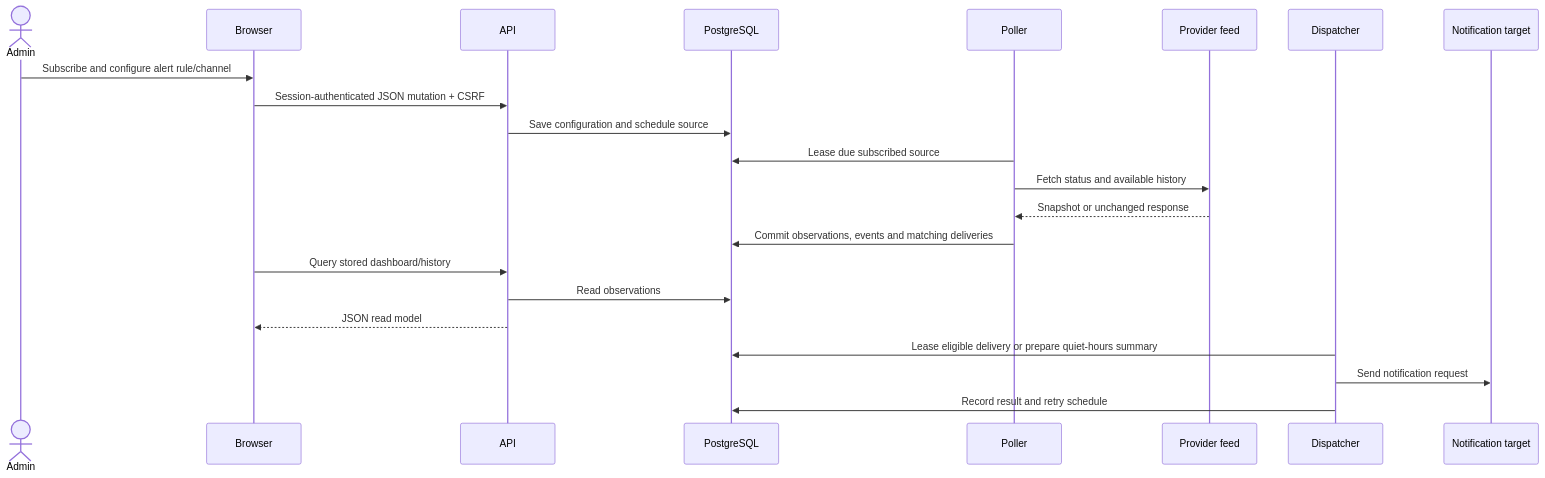
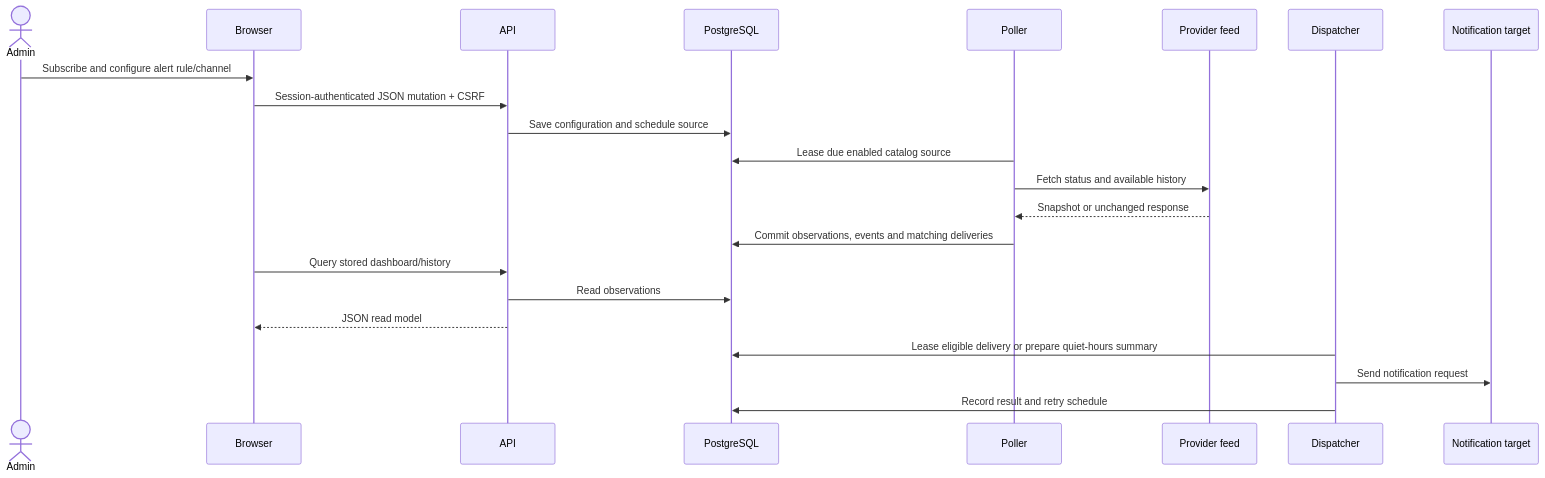
Before and after one commit to smehlhoff/statusdeck: the second of 2 diagrams in docs/architecture.md, drawn with Mermaid. The commit also changed other lines of this file and 16 other files, not shown here.

````diff
--- a/docs/architecture.md
+++ b/docs/architecture.md
@@ -128,24 +130,24 @@
 ```mermaid
 sequenceDiagram
     actor Admin
     participant UI as Browser
     participant API
     participant DB as PostgreSQL
     participant Poller
     participant Feed as Provider feed
     participant Dispatcher
     participant Target as Notification target
     Admin->>UI: Subscribe and configure alert rule/channel
     UI->>API: Session-authenticated JSON mutation + CSRF
     API->>DB: Save configuration and schedule source
-    Poller->>DB: Lease due subscribed source
+    Poller->>DB: Lease due enabled catalog source
     Poller->>Feed: Fetch status and available history
     Feed-->>Poller: Snapshot or unchanged response
     Poller->>DB: Commit observations, events and matching deliveries
     UI->>API: Query stored dashboard/history
     API->>DB: Read observations
     API-->>UI: JSON read model
     Dispatcher->>DB: Lease eligible delivery or prepare quiet-hours summary
     Dispatcher->>Target: Send notification request
     Dispatcher->>DB: Record result and retry schedule
 ```
````
